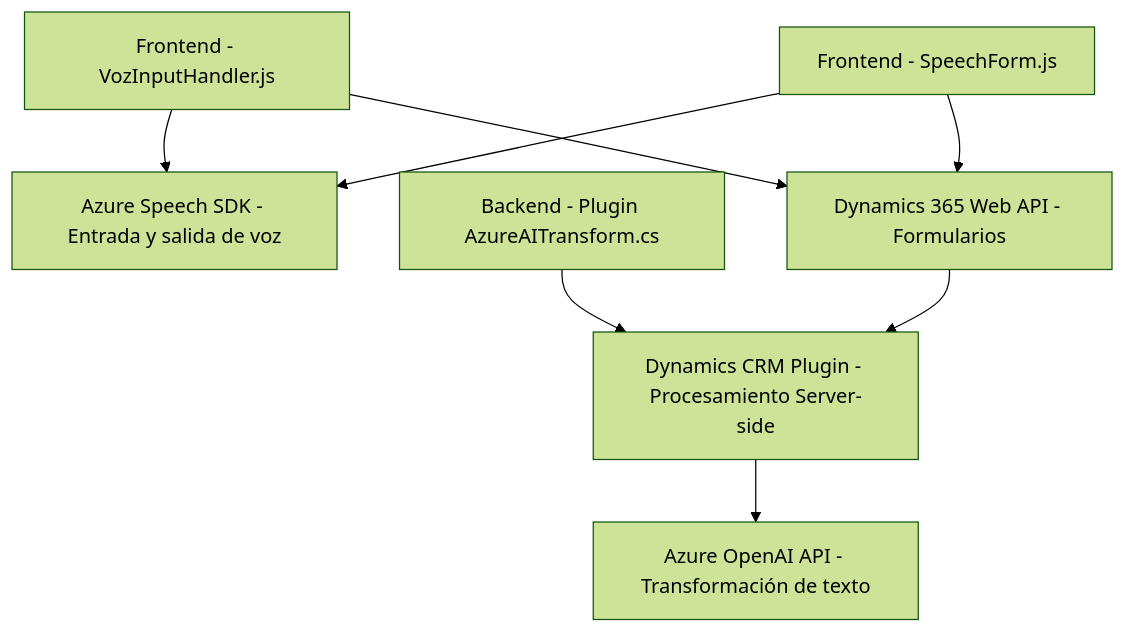
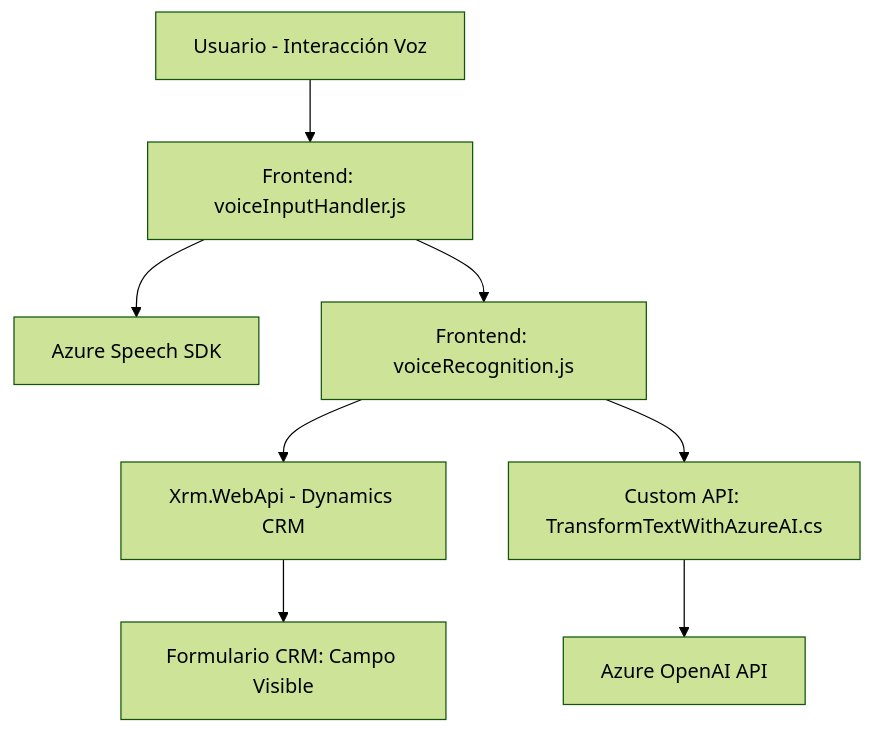
Before and after one commit to blopezdm/NETCORE_BILBAO2025: the diagram in README.md, drawn with Mermaid (forest theme). The commit also changed other lines of this file, not shown here.

````diff
--- a/README.md
+++ b/README.md
@@ -44,10 +43,11 @@
 ```mermaid
 graph TD
-    A["Frontend - VozInputHandler.js"] --> B["Azure Speech SDK - Entrada y salida de voz"]
-    A --> C["Dynamics 365 Web API - Formularios"]
-    D["Frontend - SpeechForm.js"] --> B
-    D --> C
-    E["Backend - Plugin AzureAITransform.cs"] --> F["Dynamics CRM Plugin - Procesamiento Server-side"]
-    F --> G["Azure OpenAI API - Transformación de texto"]
-    C --> F
+    A["Usuario - Interacción Voz"] --> B["Frontend: voiceInputHandler.js"]
+    B --> C["Azure Speech SDK"]
+    B --> D["Frontend: voiceRecognition.js"]
+    D --> E["Xrm.WebApi - Dynamics CRM"]
+    E --> F["Formulario CRM: Campo Visible"]
+    D --> G["Custom API: TransformTextWithAzureAI.cs"]
+    G --> H["Azure OpenAI API"]
+
 ```
````
